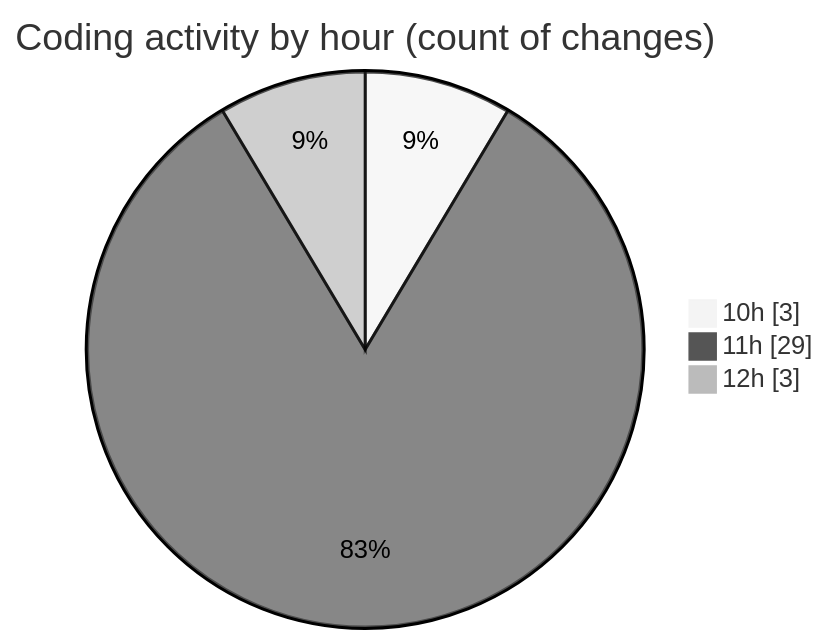
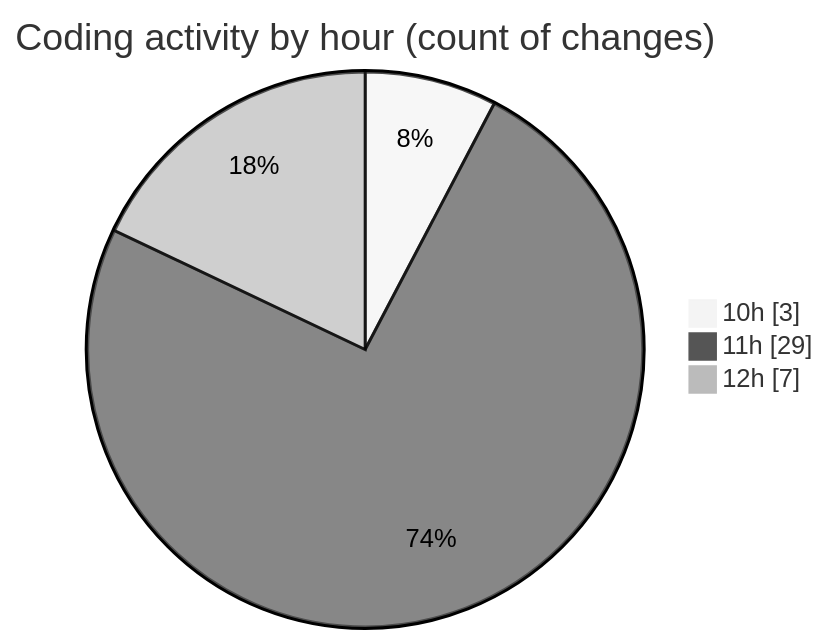
Before and after one commit to EIIisD/code-tracking: the second of 2 diagrams in 2025-08-14/ribbon/README.md, drawn with Mermaid (neutral theme). The commit also changed other lines of this file and 1 other file, not shown here.

````diff
--- a/2025-08-14/ribbon/README.md
+++ b/2025-08-14/ribbon/README.md
@@ -37,7 +37,7 @@
 ```mermaid
 pie showData
 title Coding activity by hour (count of changes)
 "10h" : 3
 "11h" : 29
-"12h" : 3
+"12h" : 7
 ```
````
